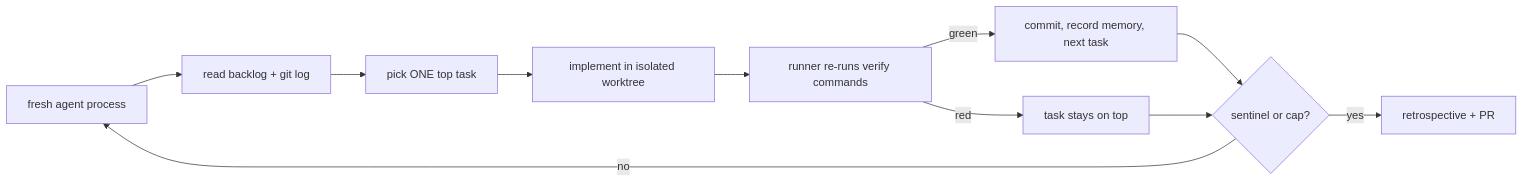
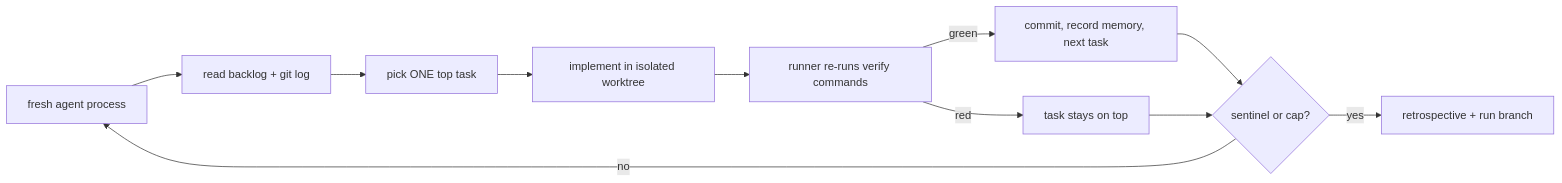
The diagram in README.md (serversorcerer/kelix), drawn with Mermaid before and after one commit. The commit also changed other lines of this file and 16 other files, not shown here.

````diff
--- a/README.md
+++ b/README.md
@@ -91,13 +91,13 @@
 ```mermaid
 flowchart LR
     A[fresh agent process] --> B[read backlog + git log]
     B --> C[pick ONE top task]
     C --> D[implement in isolated worktree]
     D --> E[runner re-runs verify commands]
     E -->|green| F[commit, record memory, next task]
     E -->|red| G[task stays on top]
     F --> H{sentinel or cap?}
     G --> H
     H -->|no| A
-    H -->|yes| I[retrospective + PR]
+    H -->|yes| I[retrospective + run branch]
 ```
````
